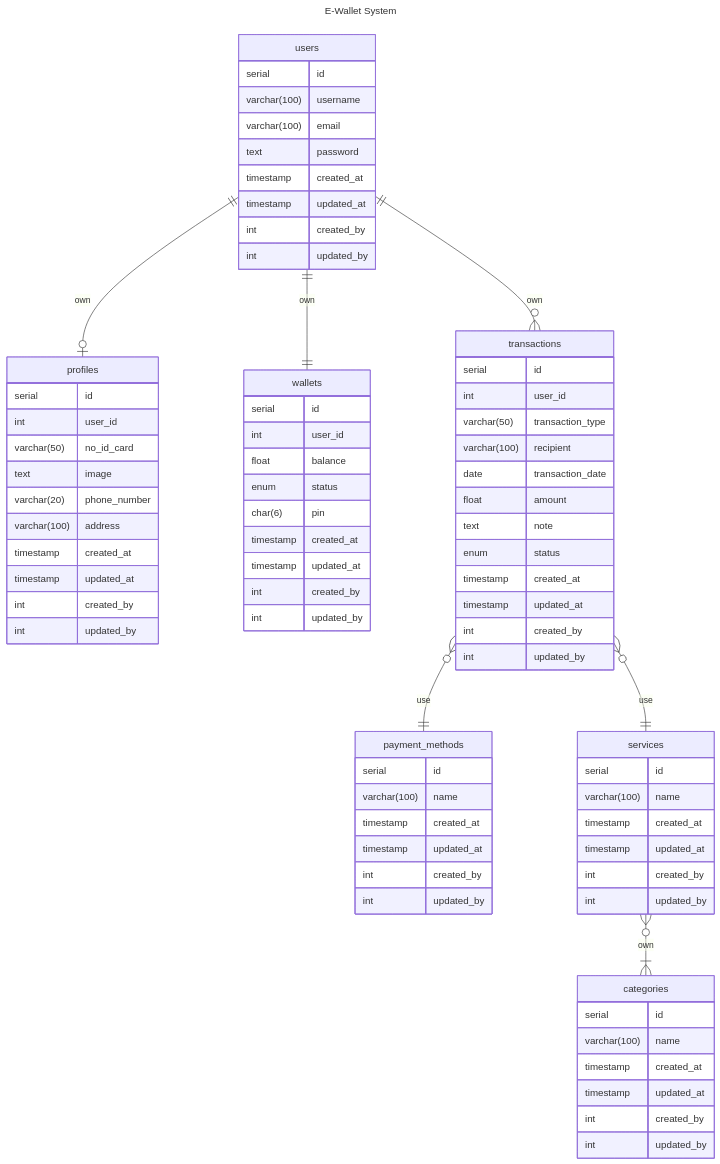
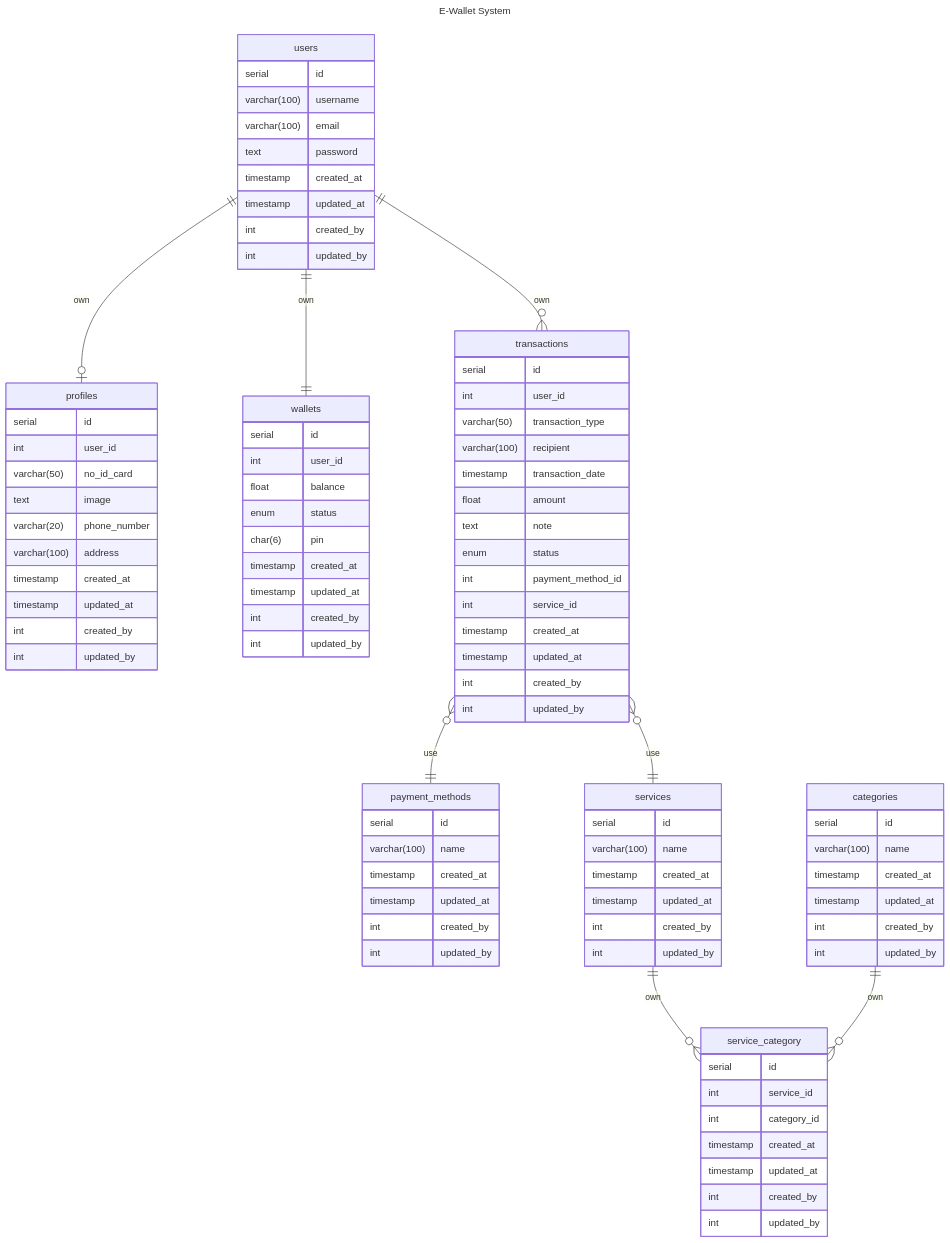
Before and after one commit to ItsnaMaulanaHasan/koda-b4-db2: the diagram in README.md, drawn with Mermaid.

Commit message:
feat: adjust erd

````diff
--- a/README.md
+++ b/README.md
@@ -46,10 +46,12 @@
         int user_id
         varchar(50) transaction_type
         varchar(100) recipient
-        date transaction_date
+        timestamp transaction_date
         float amount
         text note
         enum status
+        int payment_method_id
+        int service_id
         timestamp created_at
         timestamp updated_at
         int created_by
@@ -83,11 +85,22 @@
         int updated_by
     }
 
+    service_category{
+        serial id
+        int service_id
+        int category_id
+        timestamp created_at
+        timestamp updated_at
+        int created_by
+        int updated_by
+    }
+
     users ||--o| profiles : own
     users ||--o{ transactions : own
     users ||--|| wallets : own
     transactions }o--|| payment_methods : use
     transactions }o--|| services: use
-    services }o--|{ categories : own
+    services ||--o{ service_category : own
+    categories ||--o{ service_category : own
 
 ```
````
